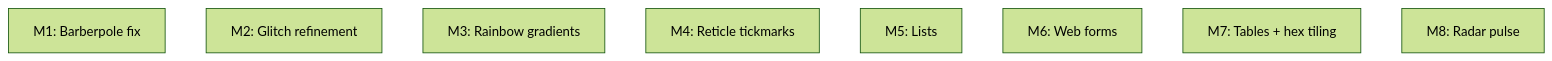
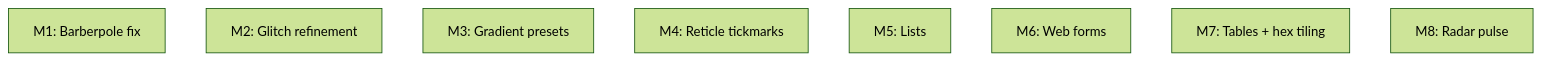
One commit to Texarkanine/nervouscsstem changed the diagram in memory-bank/active/milestones.md. Above: the diagram before and after it, drawn with Mermaid (forest theme). The commit also changed other lines of this file and 1 other file, not shown here.

Commit message:
chore: refine M3 scope — gradient presets, not full rainbow system

````diff
--- a/memory-bank/active/milestones.md
+++ b/memory-bank/active/milestones.md
@@ -17,19 +17,19 @@
 ```mermaid
 flowchart LR
     M1["M1: Barberpole fix"]
     M2["M2: Glitch refinement"]
-    M3["M3: Rainbow gradients"]
+    M3["M3: Gradient presets"]
     M4["M4: Reticle tickmarks"]
     M5["M5: Lists"]
     M6["M6: Web forms"]
     M7["M7: Tables + hex tiling"]
     M8["M8: Radar pulse"]
 
     M1 ~~~ M2
     M2 ~~~ M3
     M3 ~~~ M4
     M4 ~~~ M5
     M5 ~~~ M6
     M6 ~~~ M7
     M7 ~~~ M8
 ```
````
